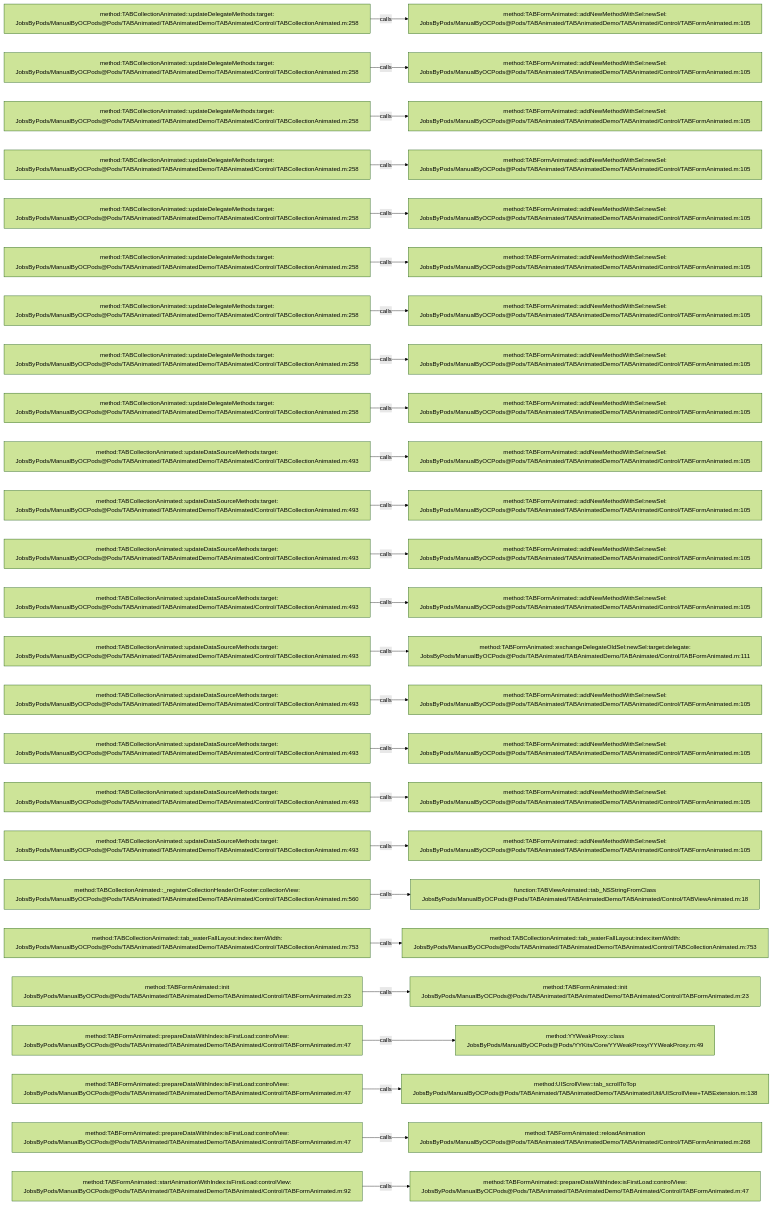
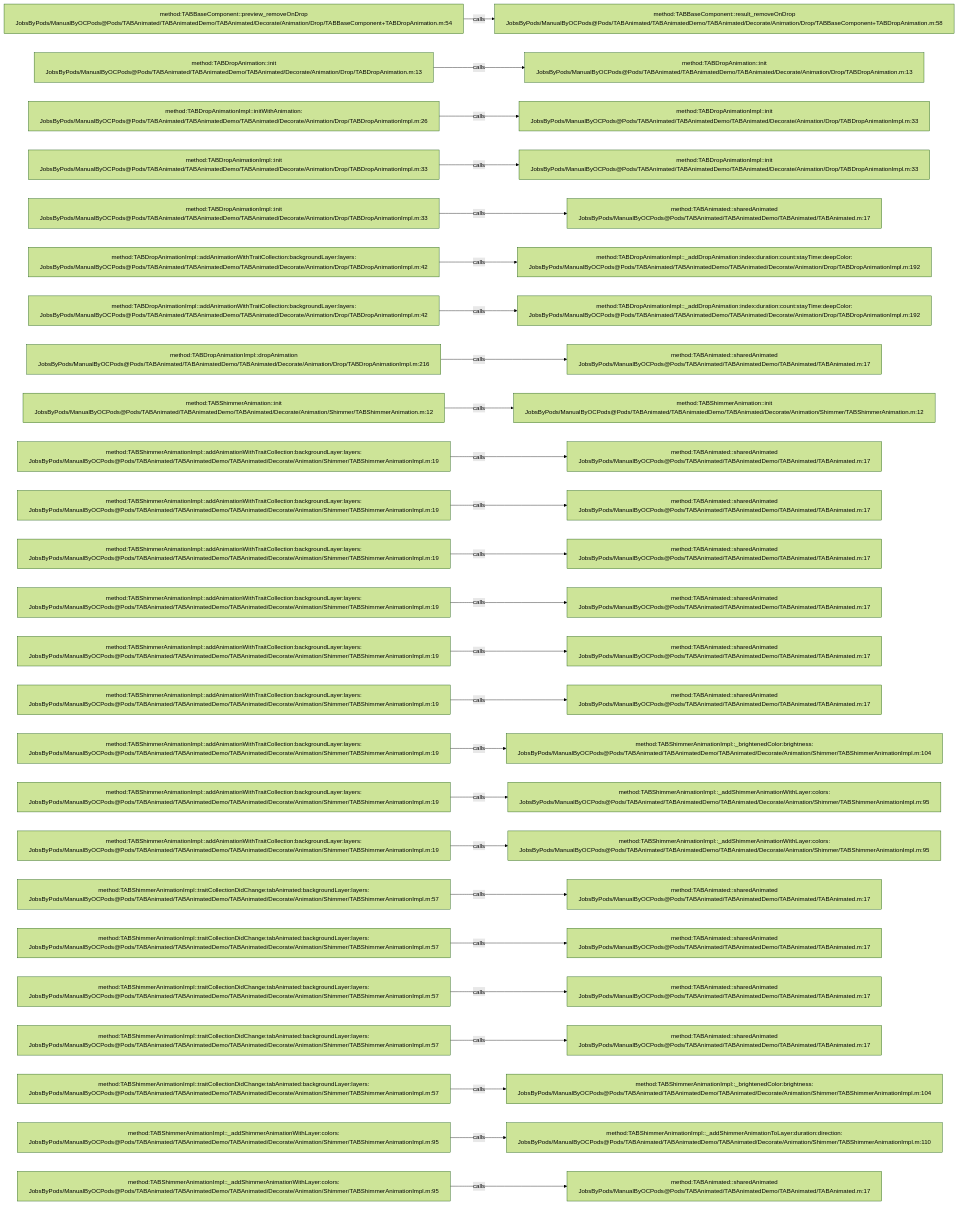
Before and after one commit to JobsKits/JobsOCBaseConfigDemo: the diagram in .codegraph/codegraph.md/graphs/calls-021.md, drawn with Mermaid (forest theme). The commit also changed 1448 other files, not shown here.

````diff
--- a/.codegraph/codegraph.md/graphs/calls-021.md
+++ b/.codegraph/codegraph.md/graphs/calls-021.md
@@ -13,78 +13,78 @@
 ```mermaid
 flowchart LR
-  S1["method:TABCollectionAnimated::updateDelegateMethods:target:<br/>JobsByPods/ManualByOCPods@Pods/TABAnimated/TABAnimatedDemo/TABAnimated/Control/TABCollectionAnimated.m:258"]
-  T1["method:TABFormAnimated::addNewMethodWithSel:newSel:<br/>JobsByPods/ManualByOCPods@Pods/TABAnimated/TABAnimatedDemo/TABAnimated/Control/TABFormAnimated.m:105"]
+  S1["method:TABBaseComponent::preview_removeOnDrop<br/>JobsByPods/ManualByOCPods@Pods/TABAnimated/TABAnimatedDemo/TABAnimated/Decorate/Animation/Drop/TABBaseComponent+TABDropAnimation.m:54"]
+  T1["method:TABBaseComponent::result_removeOnDrop<br/>JobsByPods/ManualByOCPods@Pods/TABAnimated/TABAnimatedDemo/TABAnimated/Decorate/Animation/Drop/TABBaseComponent+TABDropAnimation.m:58"]
   S1 -->|calls| T1
-  S2["method:TABCollectionAnimated::updateDelegateMethods:target:<br/>JobsByPods/ManualByOCPods@Pods/TABAnimated/TABAnimatedDemo/TABAnimated/Control/TABCollectionAnimated.m:258"]
-  T2["method:TABFormAnimated::addNewMethodWithSel:newSel:<br/>JobsByPods/ManualByOCPods@Pods/TABAnimated/TABAnimatedDemo/TABAnimated/Control/TABFormAnimated.m:105"]
+  S2["method:TABDropAnimation::init<br/>JobsByPods/ManualByOCPods@Pods/TABAnimated/TABAnimatedDemo/TABAnimated/Decorate/Animation/Drop/TABDropAnimation.m:13"]
+  T2["method:TABDropAnimation::init<br/>JobsByPods/ManualByOCPods@Pods/TABAnimated/TABAnimatedDemo/TABAnimated/Decorate/Animation/Drop/TABDropAnimation.m:13"]
   S2 -->|calls| T2
-  S3["method:TABCollectionAnimated::updateDelegateMethods:target:<br/>JobsByPods/ManualByOCPods@Pods/TABAnimated/TABAnimatedDemo/TABAnimated/Control/TABCollectionAnimated.m:258"]
-  T3["method:TABFormAnimated::addNewMethodWithSel:newSel:<br/>JobsByPods/ManualByOCPods@Pods/TABAnimated/TABAnimatedDemo/TABAnimated/Control/TABFormAnimated.m:105"]
+  S3["method:TABDropAnimationImpl::initWithAnimation:<br/>JobsByPods/ManualByOCPods@Pods/TABAnimated/TABAnimatedDemo/TABAnimated/Decorate/Animation/Drop/TABDropAnimationImpl.m:26"]
+  T3["method:TABDropAnimationImpl::init<br/>JobsByPods/ManualByOCPods@Pods/TABAnimated/TABAnimatedDemo/TABAnimated/Decorate/Animation/Drop/TABDropAnimationImpl.m:33"]
   S3 -->|calls| T3
-  S4["method:TABCollectionAnimated::updateDelegateMethods:target:<br/>JobsByPods/ManualByOCPods@Pods/TABAnimated/TABAnimatedDemo/TABAnimated/Control/TABCollectionAnimated.m:258"]
-  T4["method:TABFormAnimated::addNewMethodWithSel:newSel:<br/>JobsByPods/ManualByOCPods@Pods/TABAnimated/TABAnimatedDemo/TABAnimated/Control/TABFormAnimated.m:105"]
+  S4["method:TABDropAnimationImpl::init<br/>JobsByPods/ManualByOCPods@Pods/TABAnimated/TABAnimatedDemo/TABAnimated/Decorate/Animation/Drop/TABDropAnimationImpl.m:33"]
+  T4["method:TABDropAnimationImpl::init<br/>JobsByPods/ManualByOCPods@Pods/TABAnimated/TABAnimatedDemo/TABAnimated/Decorate/Animation/Drop/TABDropAnimationImpl.m:33"]
   S4 -->|calls| T4
-  S5["method:TABCollectionAnimated::updateDelegateMethods:target:<br/>JobsByPods/ManualByOCPods@Pods/TABAnimated/TABAnimatedDemo/TABAnimated/Control/TABCollectionAnimated.m:258"]
-  T5["method:TABFormAnimated::addNewMethodWithSel:newSel:<br/>JobsByPods/ManualByOCPods@Pods/TABAnimated/TABAnimatedDemo/TABAnimated/Control/TABFormAnimated.m:105"]
+  S5["method:TABDropAnimationImpl::init<br/>JobsByPods/ManualByOCPods@Pods/TABAnimated/TABAnimatedDemo/TABAnimated/Decorate/Animation/Drop/TABDropAnimationImpl.m:33"]
+  T5["method:TABAnimated::sharedAnimated<br/>JobsByPods/ManualByOCPods@Pods/TABAnimated/TABAnimatedDemo/TABAnimated/TABAnimated.m:17"]
   S5 -->|calls| T5
-  S6["method:TABCollectionAnimated::updateDelegateMethods:target:<br/>JobsByPods/ManualByOCPods@Pods/TABAnimated/TABAnimatedDemo/TABAnimated/Control/TABCollectionAnimated.m:258"]
-  T6["method:TABFormAnimated::addNewMethodWithSel:newSel:<br/>JobsByPods/ManualByOCPods@Pods/TABAnimated/TABAnimatedDemo/TABAnimated/Control/TABFormAnimated.m:105"]
+  S6["method:TABDropAnimationImpl::addAnimationWithTraitCollection:backgroundLayer:layers:<br/>JobsByPods/ManualByOCPods@Pods/TABAnimated/TABAnimatedDemo/TABAnimated/Decorate/Animation/Drop/TABDropAnimationImpl.m:42"]
+  T6["method:TABDropAnimationImpl::_addDropAnimation:index:duration:count:stayTime:deepColor:<br/>JobsByPods/ManualByOCPods@Pods/TABAnimated/TABAnimatedDemo/TABAnimated/Decorate/Animation/Drop/TABDropAnimationImpl.m:192"]
   S6 -->|calls| T6
-  S7["method:TABCollectionAnimated::updateDelegateMethods:target:<br/>JobsByPods/ManualByOCPods@Pods/TABAnimated/TABAnimatedDemo/TABAnimated/Control/TABCollectionAnimated.m:258"]
-  T7["method:TABFormAnimated::addNewMethodWithSel:newSel:<br/>JobsByPods/ManualByOCPods@Pods/TABAnimated/TABAnimatedDemo/TABAnimated/Control/TABFormAnimated.m:105"]
+  S7["method:TABDropAnimationImpl::addAnimationWithTraitCollection:backgroundLayer:layers:<br/>JobsByPods/ManualByOCPods@Pods/TABAnimated/TABAnimatedDemo/TABAnimated/Decorate/Animation/Drop/TABDropAnimationImpl.m:42"]
+  T7["method:TABDropAnimationImpl::_addDropAnimation:index:duration:count:stayTime:deepColor:<br/>JobsByPods/ManualByOCPods@Pods/TABAnimated/TABAnimatedDemo/TABAnimated/Decorate/Animation/Drop/TABDropAnimationImpl.m:192"]
   S7 -->|calls| T7
-  S8["method:TABCollectionAnimated::updateDelegateMethods:target:<br/>JobsByPods/ManualByOCPods@Pods/TABAnimated/TABAnimatedDemo/TABAnimated/Control/TABCollectionAnimated.m:258"]
-  T8["method:TABFormAnimated::addNewMethodWithSel:newSel:<br/>JobsByPods/ManualByOCPods@Pods/TABAnimated/TABAnimatedDemo/TABAnimated/Control/TABFormAnimated.m:105"]
+  S8["method:TABDropAnimationImpl::dropAnimation<br/>JobsByPods/ManualByOCPods@Pods/TABAnimated/TABAnimatedDemo/TABAnimated/Decorate/Animation/Drop/TABDropAnimationImpl.m:216"]
+  T8["method:TABAnimated::sharedAnimated<br/>JobsByPods/ManualByOCPods@Pods/TABAnimated/TABAnimatedDemo/TABAnimated/TABAnimated.m:17"]
   S8 -->|calls| T8
-  S9["method:TABCollectionAnimated::updateDelegateMethods:target:<br/>JobsByPods/ManualByOCPods@Pods/TABAnimated/TABAnimatedDemo/TABAnimated/Control/TABCollectionAnimated.m:258"]
-  T9["method:TABFormAnimated::addNewMethodWithSel:newSel:<br/>JobsByPods/ManualByOCPods@Pods/TABAnimated/TABAnimatedDemo/TABAnimated/Control/TABFormAnimated.m:105"]
+  S9["method:TABShimmerAnimation::init<br/>JobsByPods/ManualByOCPods@Pods/TABAnimated/TABAnimatedDemo/TABAnimated/Decorate/Animation/Shimmer/TABShimmerAnimation.m:12"]
+  T9["method:TABShimmerAnimation::init<br/>JobsByPods/ManualByOCPods@Pods/TABAnimated/TABAnimatedDemo/TABAnimated/Decorate/Animation/Shimmer/TABShimmerAnimation.m:12"]
   S9 -->|calls| T9
-  S10["method:TABCollectionAnimated::updateDataSourceMethods:target:<br/>JobsByPods/ManualByOCPods@Pods/TABAnimated/TABAnimatedDemo/TABAnimated/Control/TABCollectionAnimated.m:493"]
-  T10["method:TABFormAnimated::addNewMethodWithSel:newSel:<br/>JobsByPods/ManualByOCPods@Pods/TABAnimated/TABAnimatedDemo/TABAnimated/Control/TABFormAnimated.m:105"]
+  S10["method:TABShimmerAnimationImpl::addAnimationWithTraitCollection:backgroundLayer:layers:<br/>JobsByPods/ManualByOCPods@Pods/TABAnimated/TABAnimatedDemo/TABAnimated/Decorate/Animation/Shimmer/TABShimmerAnimationImpl.m:19"]
+  T10["method:TABAnimated::sharedAnimated<br/>JobsByPods/ManualByOCPods@Pods/TABAnimated/TABAnimatedDemo/TABAnimated/TABAnimated.m:17"]
   S10 -->|calls| T10
-  S11["method:TABCollectionAnimated::updateDataSourceMethods:target:<br/>JobsByPods/ManualByOCPods@Pods/TABAnimated/TABAnimatedDemo/TABAnimated/Control/TABCollectionAnimated.m:493"]
-  T11["method:TABFormAnimated::addNewMethodWithSel:newSel:<br/>JobsByPods/ManualByOCPods@Pods/TABAnimated/TABAnimatedDemo/TABAnimated/Control/TABFormAnimated.m:105"]
+  S11["method:TABShimmerAnimationImpl::addAnimationWithTraitCollection:backgroundLayer:layers:<br/>JobsByPods/ManualByOCPods@Pods/TABAnimated/TABAnimatedDemo/TABAnimated/Decorate/Animation/Shimmer/TABShimmerAnimationImpl.m:19"]
+  T11["method:TABAnimated::sharedAnimated<br/>JobsByPods/ManualByOCPods@Pods/TABAnimated/TABAnimatedDemo/TABAnimated/TABAnimated.m:17"]
   S11 -->|calls| T11
-  S12["method:TABCollectionAnimated::updateDataSourceMethods:target:<br/>JobsByPods/ManualByOCPods@Pods/TABAnimated/TABAnimatedDemo/TABAnimated/Control/TABCollectionAnimated.m:493"]
-  T12["method:TABFormAnimated::addNewMethodWithSel:newSel:<br/>JobsByPods/ManualByOCPods@Pods/TABAnimated/TABAnimatedDemo/TABAnimated/Control/TABFormAnimated.m:105"]
+  S12["method:TABShimmerAnimationImpl::addAnimationWithTraitCollection:backgroundLayer:layers:<br/>JobsByPods/ManualByOCPods@Pods/TABAnimated/TABAnimatedDemo/TABAnimated/Decorate/Animation/Shimmer/TABShimmerAnimationImpl.m:19"]
+  T12["method:TABAnimated::sharedAnimated<br/>JobsByPods/ManualByOCPods@Pods/TABAnimated/TABAnimatedDemo/TABAnimated/TABAnimated.m:17"]
   S12 -->|calls| T12
-  S13["method:TABCollectionAnimated::updateDataSourceMethods:target:<br/>JobsByPods/ManualByOCPods@Pods/TABAnimated/TABAnimatedDemo/TABAnimated/Control/TABCollectionAnimated.m:493"]
-  T13["method:TABFormAnimated::addNewMethodWithSel:newSel:<br/>JobsByPods/ManualByOCPods@Pods/TABAnimated/TABAnimatedDemo/TABAnimated/Control/TABFormAnimated.m:105"]
+  S13["method:TABShimmerAnimationImpl::addAnimationWithTraitCollection:backgroundLayer:layers:<br/>JobsByPods/ManualByOCPods@Pods/TABAnimated/TABAnimatedDemo/TABAnimated/Decorate/Animation/Shimmer/TABShimmerAnimationImpl.m:19"]
+  T13["method:TABAnimated::sharedAnimated<br/>JobsByPods/ManualByOCPods@Pods/TABAnimated/TABAnimatedDemo/TABAnimated/TABAnimated.m:17"]
   S13 -->|calls| T13
-  S14["method:TABCollectionAnimated::updateDataSourceMethods:target:<br/>JobsByPods/ManualByOCPods@Pods/TABAnimated/TABAnimatedDemo/TABAnimated/Control/TABCollectionAnimated.m:493"]
-  T14["method:TABFormAnimated::exchangeDelegateOldSel:newSel:target:delegate:<br/>JobsByPods/ManualByOCPods@Pods/TABAnimated/TABAnimatedDemo/TABAnimated/Control/TABFormAnimated.m:111"]
+  S14["method:TABShimmerAnimationImpl::addAnimationWithTraitCollection:backgroundLayer:layers:<br/>JobsByPods/ManualByOCPods@Pods/TABAnimated/TABAnimatedDemo/TABAnimated/Decorate/Animation/Shimmer/TABShimmerAnimationImpl.m:19"]
+  T14["method:TABAnimated::sharedAnimated<br/>JobsByPods/ManualByOCPods@Pods/TABAnimated/TABAnimatedDemo/TABAnimated/TABAnimated.m:17"]
   S14 -->|calls| T14
-  S15["method:TABCollectionAnimated::updateDataSourceMethods:target:<br/>JobsByPods/ManualByOCPods@Pods/TABAnimated/TABAnimatedDemo/TABAnimated/Control/TABCollectionAnimated.m:493"]
-  T15["method:TABFormAnimated::addNewMethodWithSel:newSel:<br/>JobsByPods/ManualByOCPods@Pods/TABAnimated/TABAnimatedDemo/TABAnimated/Control/TABFormAnimated.m:105"]
+  S15["method:TABShimmerAnimationImpl::addAnimationWithTraitCollection:backgroundLayer:layers:<br/>JobsByPods/ManualByOCPods@Pods/TABAnimated/TABAnimatedDemo/TABAnimated/Decorate/Animation/Shimmer/TABShimmerAnimationImpl.m:19"]
+  T15["method:TABAnimated::sharedAnimated<br/>JobsByPods/ManualByOCPods@Pods/TABAnimated/TABAnimatedDemo/TABAnimated/TABAnimated.m:17"]
   S15 -->|calls| T15
-  S16["method:TABCollectionAnimated::updateDataSourceMethods:target:<br/>JobsByPods/ManualByOCPods@Pods/TABAnimated/TABAnimatedDemo/TABAnimated/Control/TABCollectionAnimated.m:493"]
-  T16["method:TABFormAnimated::addNewMethodWithSel:newSel:<br/>JobsByPods/ManualByOCPods@Pods/TABAnimated/TABAnimatedDemo/TABAnimated/Control/TABFormAnimated.m:105"]
+  S16["method:TABShimmerAnimationImpl::addAnimationWithTraitCollection:backgroundLayer:layers:<br/>JobsByPods/ManualByOCPods@Pods/TABAnimated/TABAnimatedDemo/TABAnimated/Decorate/Animation/Shimmer/TABShimmerAnimationImpl.m:19"]
+  T16["method:TABShimmerAnimationImpl::_brightenedColor:brightness:<br/>JobsByPods/ManualByOCPods@Pods/TABAnimated/TABAnimatedDemo/TABAnimated/Decorate/Animation/Shimmer/TABShimmerAnimationImpl.m:104"]
   S16 -->|calls| T16
-  S17["method:TABCollectionAnimated::updateDataSourceMethods:target:<br/>JobsByPods/ManualByOCPods@Pods/TABAnimated/TABAnimatedDemo/TABAnimated/Control/TABCollectionAnimated.m:493"]
-  T17["method:TABFormAnimated::addNewMethodWithSel:newSel:<br/>JobsByPods/ManualByOCPods@Pods/TABAnimated/TABAnimatedDemo/TABAnimated/Control/TABFormAnimated.m:105"]
+  S17["method:TABShimmerAnimationImpl::addAnimationWithTraitCollection:backgroundLayer:layers:<br/>JobsByPods/ManualByOCPods@Pods/TABAnimated/TABAnimatedDemo/TABAnimated/Decorate/Animation/Shimmer/TABShimmerAnimationImpl.m:19"]
+  T17["method:TABShimmerAnimationImpl::_addShimmerAnimationWithLayer:colors:<br/>JobsByPods/ManualByOCPods@Pods/TABAnimated/TABAnimatedDemo/TABAnimated/Decorate/Animation/Shimmer/TABShimmerAnimationImpl.m:95"]
   S17 -->|calls| T17
-  S18["method:TABCollectionAnimated::updateDataSourceMethods:target:<br/>JobsByPods/ManualByOCPods@Pods/TABAnimated/TABAnimatedDemo/TABAnimated/Control/TABCollectionAnimated.m:493"]
-  T18["method:TABFormAnimated::addNewMethodWithSel:newSel:<br/>JobsByPods/ManualByOCPods@Pods/TABAnimated/TABAnimatedDemo/TABAnimated/Control/TABFormAnimated.m:105"]
+  S18["method:TABShimmerAnimationImpl::addAnimationWithTraitCollection:backgroundLayer:layers:<br/>JobsByPods/ManualByOCPods@Pods/TABAnimated/TABAnimatedDemo/TABAnimated/Decorate/Animation/Shimmer/TABShimmerAnimationImpl.m:19"]
+  T18["method:TABShimmerAnimationImpl::_addShimmerAnimationWithLayer:colors:<br/>JobsByPods/ManualByOCPods@Pods/TABAnimated/TABAnimatedDemo/TABAnimated/Decorate/Animation/Shimmer/TABShimmerAnimationImpl.m:95"]
   S18 -->|calls| T18
-  S19["method:TABCollectionAnimated::_registerCollectionHeaderOrFooter:collectionView:<br/>JobsByPods/ManualByOCPods@Pods/TABAnimated/TABAnimatedDemo/TABAnimated/Control/TABCollectionAnimated.m:560"]
-  T19["function:TABViewAnimated::tab_NSStringFromClass<br/>JobsByPods/ManualByOCPods@Pods/TABAnimated/TABAnimatedDemo/TABAnimated/Control/TABViewAnimated.m:18"]
+  S19["method:TABShimmerAnimationImpl::traitCollectionDidChange:tabAnimated:backgroundLayer:layers:<br/>JobsByPods/ManualByOCPods@Pods/TABAnimated/TABAnimatedDemo/TABAnimated/Decorate/Animation/Shimmer/TABShimmerAnimationImpl.m:57"]
+  T19["method:TABAnimated::sharedAnimated<br/>JobsByPods/ManualByOCPods@Pods/TABAnimated/TABAnimatedDemo/TABAnimated/TABAnimated.m:17"]
   S19 -->|calls| T19
-  S20["method:TABCollectionAnimated::tab_waterFallLayout:index:itemWidth:<br/>JobsByPods/ManualByOCPods@Pods/TABAnimated/TABAnimatedDemo/TABAnimated/Control/TABCollectionAnimated.m:753"]
-  T20["method:TABCollectionAnimated::tab_waterFallLayout:index:itemWidth:<br/>JobsByPods/ManualByOCPods@Pods/TABAnimated/TABAnimatedDemo/TABAnimated/Control/TABCollectionAnimated.m:753"]
+  S20["method:TABShimmerAnimationImpl::traitCollectionDidChange:tabAnimated:backgroundLayer:layers:<br/>JobsByPods/ManualByOCPods@Pods/TABAnimated/TABAnimatedDemo/TABAnimated/Decorate/Animation/Shimmer/TABShimmerAnimationImpl.m:57"]
+  T20["method:TABAnimated::sharedAnimated<br/>JobsByPods/ManualByOCPods@Pods/TABAnimated/TABAnimatedDemo/TABAnimated/TABAnimated.m:17"]
   S20 -->|calls| T20
-  S21["method:TABFormAnimated::init<br/>JobsByPods/ManualByOCPods@Pods/TABAnimated/TABAnimatedDemo/TABAnimated/Control/TABFormAnimated.m:23"]
-  T21["method:TABFormAnimated::init<br/>JobsByPods/ManualByOCPods@Pods/TABAnimated/TABAnimatedDemo/TABAnimated/Control/TABFormAnimated.m:23"]
+  S21["method:TABShimmerAnimationImpl::traitCollectionDidChange:tabAnimated:backgroundLayer:layers:<br/>JobsByPods/ManualByOCPods@Pods/TABAnimated/TABAnimatedDemo/TABAnimated/Decorate/Animation/Shimmer/TABShimmerAnimationImpl.m:57"]
+  T21["method:TABAnimated::sharedAnimated<br/>JobsByPods/ManualByOCPods@Pods/TABAnimated/TABAnimatedDemo/TABAnimated/TABAnimated.m:17"]
   S21 -->|calls| T21
-  S22["method:TABFormAnimated::prepareDataWithIndex:isFirstLoad:controlView:<br/>JobsByPods/ManualByOCPods@Pods/TABAnimated/TABAnimatedDemo/TABAnimated/Control/TABFormAnimated.m:47"]
-  T22["method:YYWeakProxy::class<br/>JobsByPods/ManualByOCPods@Pods/YYKits/Core/YYWeakProxy/YYWeakProxy.m:49"]
+  S22["method:TABShimmerAnimationImpl::traitCollectionDidChange:tabAnimated:backgroundLayer:layers:<br/>JobsByPods/ManualByOCPods@Pods/TABAnimated/TABAnimatedDemo/TABAnimated/Decorate/Animation/Shimmer/TABShimmerAnimationImpl.m:57"]
+  T22["method:TABAnimated::sharedAnimated<br/>JobsByPods/ManualByOCPods@Pods/TABAnimated/TABAnimatedDemo/TABAnimated/TABAnimated.m:17"]
   S22 -->|calls| T22
-  S23["method:TABFormAnimated::prepareDataWithIndex:isFirstLoad:controlView:<br/>JobsByPods/ManualByOCPods@Pods/TABAnimated/TABAnimatedDemo/TABAnimated/Control/TABFormAnimated.m:47"]
-  T23["method:UIScrollView::tab_scrollToTop<br/>JobsByPods/ManualByOCPods@Pods/TABAnimated/TABAnimatedDemo/TABAnimated/Util/UIScrollView+TABExtension.m:138"]
+  S23["method:TABShimmerAnimationImpl::traitCollectionDidChange:tabAnimated:backgroundLayer:layers:<br/>JobsByPods/ManualByOCPods@Pods/TABAnimated/TABAnimatedDemo/TABAnimated/Decorate/Animation/Shimmer/TABShimmerAnimationImpl.m:57"]
+  T23["method:TABShimmerAnimationImpl::_brightenedColor:brightness:<br/>JobsByPods/ManualByOCPods@Pods/TABAnimated/TABAnimatedDemo/TABAnimated/Decorate/Animation/Shimmer/TABShimmerAnimationImpl.m:104"]
   S23 -->|calls| T23
-  S24["method:TABFormAnimated::prepareDataWithIndex:isFirstLoad:controlView:<br/>JobsByPods/ManualByOCPods@Pods/TABAnimated/TABAnimatedDemo/TABAnimated/Control/TABFormAnimated.m:47"]
-  T24["method:TABFormAnimated::reloadAnimation<br/>JobsByPods/ManualByOCPods@Pods/TABAnimated/TABAnimatedDemo/TABAnimated/Control/TABFormAnimated.m:268"]
+  S24["method:TABShimmerAnimationImpl::_addShimmerAnimationWithLayer:colors:<br/>JobsByPods/ManualByOCPods@Pods/TABAnimated/TABAnimatedDemo/TABAnimated/Decorate/Animation/Shimmer/TABShimmerAnimationImpl.m:95"]
+  T24["method:TABShimmerAnimationImpl::_addShimmerAnimationToLayer:duration:direction:<br/>JobsByPods/ManualByOCPods@Pods/TABAnimated/TABAnimatedDemo/TABAnimated/Decorate/Animation/Shimmer/TABShimmerAnimationImpl.m:110"]
   S24 -->|calls| T24
-  S25["method:TABFormAnimated::startAnimationWithIndex:isFirstLoad:controlView:<br/>JobsByPods/ManualByOCPods@Pods/TABAnimated/TABAnimatedDemo/TABAnimated/Control/TABFormAnimated.m:92"]
-  T25["method:TABFormAnimated::prepareDataWithIndex:isFirstLoad:controlView:<br/>JobsByPods/ManualByOCPods@Pods/TABAnimated/TABAnimatedDemo/TABAnimated/Control/TABFormAnimated.m:47"]
+  S25["method:TABShimmerAnimationImpl::_addShimmerAnimationWithLayer:colors:<br/>JobsByPods/ManualByOCPods@Pods/TABAnimated/TABAnimatedDemo/TABAnimated/Decorate/Animation/Shimmer/TABShimmerAnimationImpl.m:95"]
+  T25["method:TABAnimated::sharedAnimated<br/>JobsByPods/ManualByOCPods@Pods/TABAnimated/TABAnimatedDemo/TABAnimated/TABAnimated.m:17"]
   S25 -->|calls| T25
 ```
````
